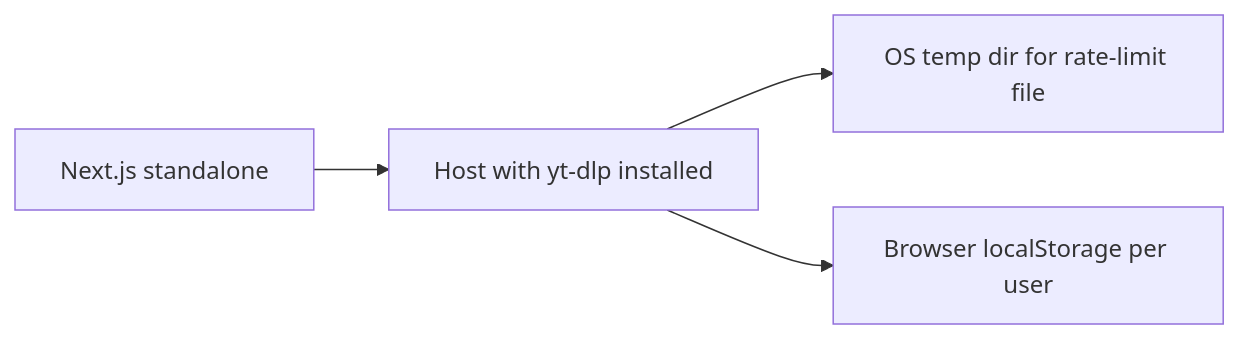
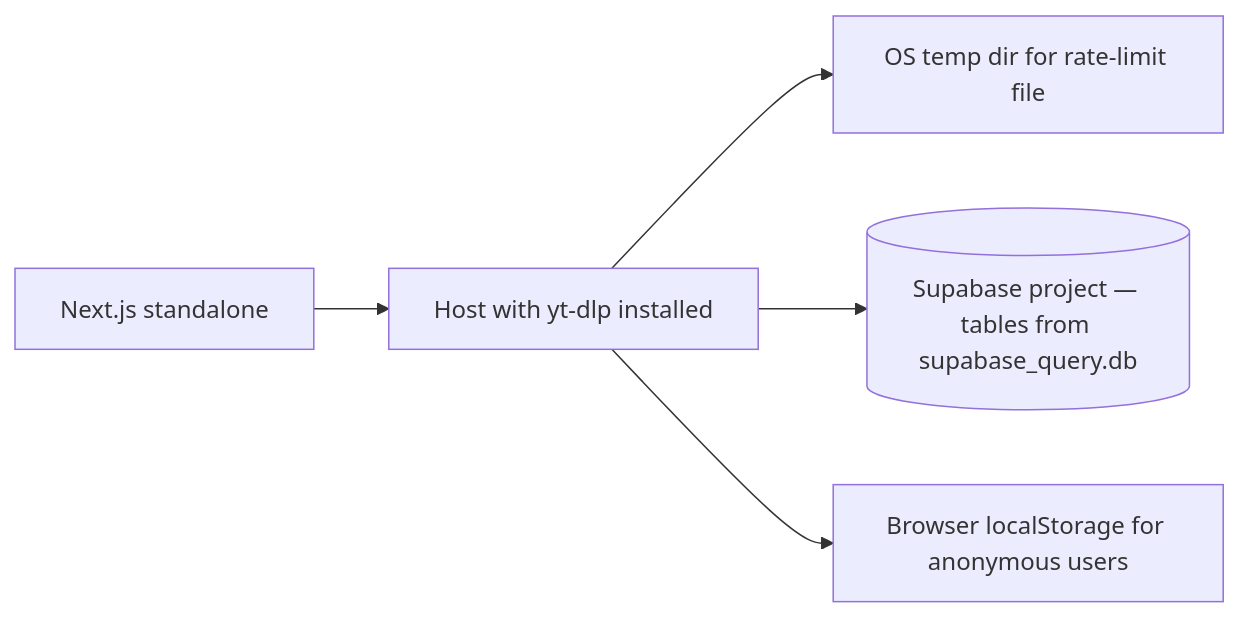
The fifth of 5 diagrams in docs/hld.md (Sayantan-B-dev/Ex_TrackTube), drawn with Mermaid before and after one commit. The commit also changed other lines of this file and 4 other files, not shown here.

````diff
--- a/docs/hld.md
+++ b/docs/hld.md
@@ -70,6 +107,7 @@
 ```mermaid
 flowchart LR
     FE[Next.js standalone] --> OS[Host with yt-dlp installed]
     OS --> FS[OS temp dir for rate-limit file]
-    OS --> BR[Browser localStorage per user]
+    OS --> DB[(Supabase project — tables from supabase_query.db)]
+    OS --> BR[Browser localStorage for anonymous users]
 ```
````
